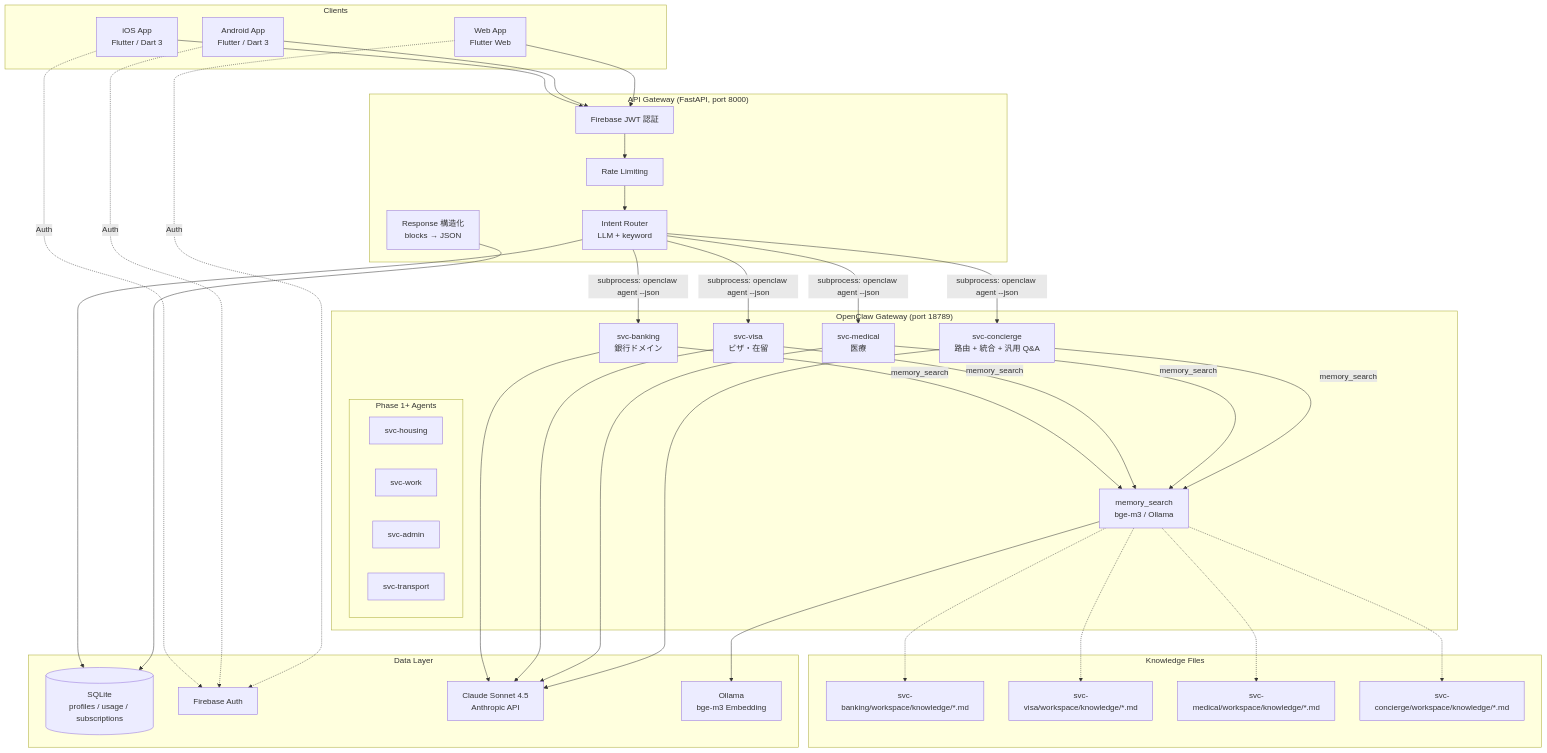
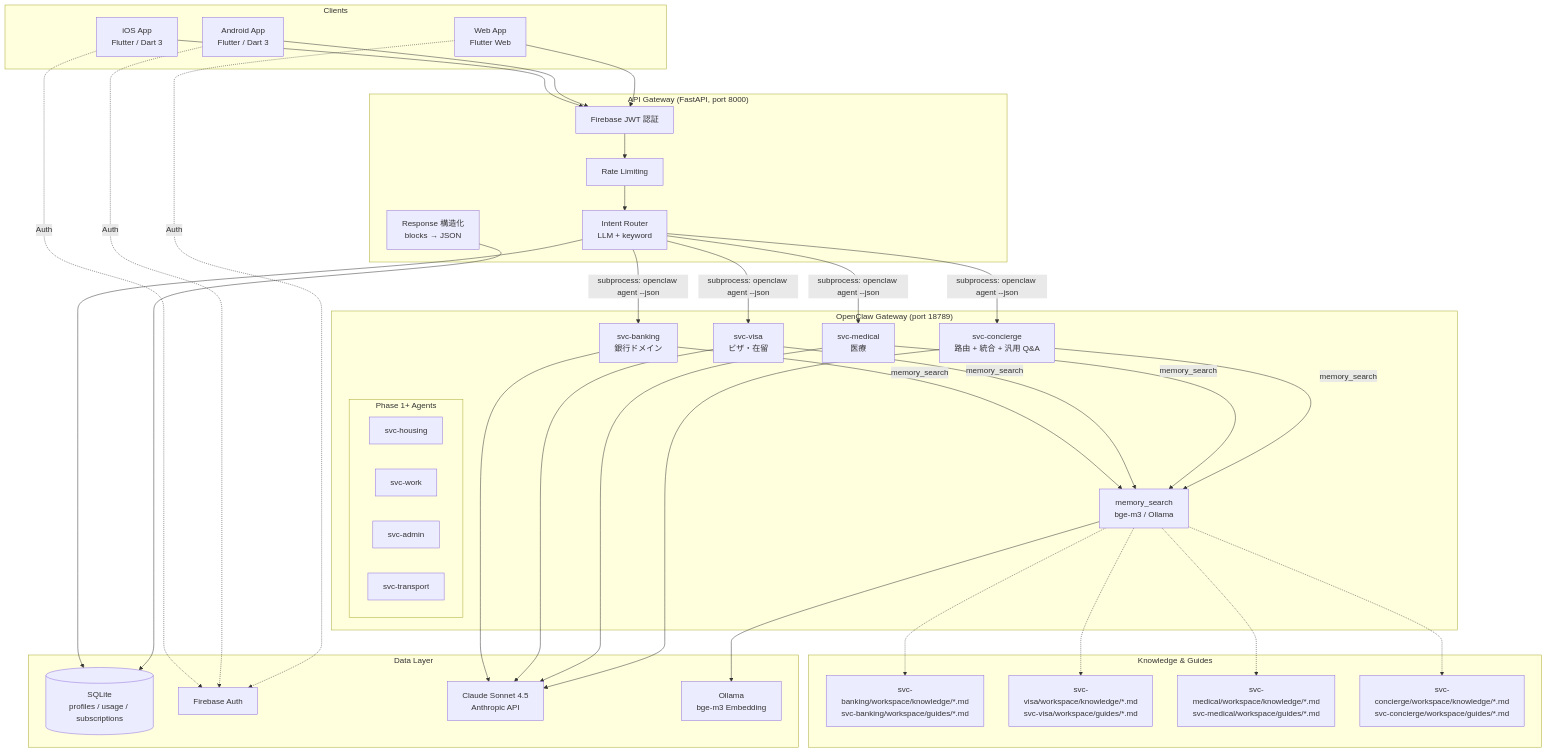
The first of 5 diagrams in architecture/SYSTEM_DESIGN.md (cjttca-cd/gaijin-life-navi), drawn with Mermaid before and after one commit. The commit also changed other lines of this file and 10 other files, not shown here.

First line of the commit message:
refactor: separate knowledge/ and guides/ directories (GUIDE_ACCESS_DESIGN v2)

````diff
--- a/architecture/SYSTEM_DESIGN.md
+++ b/architecture/SYSTEM_DESIGN.md
@@ -61,79 +61,79 @@
 ```mermaid
 graph TB
     subgraph Clients
         iOS[iOS App<br/>Flutter / Dart 3]
         Android[Android App<br/>Flutter / Dart 3]
         Web[Web App<br/>Flutter Web]
     end
 
     subgraph APIGateway["API Gateway (FastAPI, port 8000)"]
         AuthMW[Firebase JWT 認証]
         RateLimit[Rate Limiting]
         Router[Intent Router<br/>LLM + keyword]
         Structurizer[Response 構造化<br/>blocks → JSON]
     end
 
     subgraph OCRuntime["OpenClaw Gateway (port 18789)"]
         SvcConcierge[svc-concierge<br/>路由 + 統合 + 汎用 Q&A]
         SvcBanking[svc-banking<br/>銀行ドメイン]
         SvcVisa[svc-visa<br/>ビザ・在留]
         SvcMedical[svc-medical<br/>医療]
 
         subgraph Phase1["Phase 1+ Agents"]
             SvcHousing[svc-housing]
             SvcWork[svc-work]
             SvcAdmin[svc-admin]
             SvcTransport[svc-transport]
         end
 
         MemSearch[memory_search<br/>bge-m3 / Ollama]
     end
 
     subgraph DataLayer["Data Layer"]
         SQLite[(SQLite<br/>profiles / usage / subscriptions)]
         Firebase[Firebase Auth]
         Claude[Claude Sonnet 4.5<br/>Anthropic API]
         Ollama[Ollama<br/>bge-m3 Embedding]
     end
 
-    subgraph Knowledge["Knowledge Files"]
-        KB_Banking[svc-banking/workspace/knowledge/*.md]
-        KB_Visa[svc-visa/workspace/knowledge/*.md]
-        KB_Medical[svc-medical/workspace/knowledge/*.md]
-        KB_Concierge[svc-concierge/workspace/knowledge/*.md]
+    subgraph Knowledge["Knowledge & Guides"]
+        KB_Banking[svc-banking/workspace/knowledge/*.md<br/>svc-banking/workspace/guides/*.md]
+        KB_Visa[svc-visa/workspace/knowledge/*.md<br/>svc-visa/workspace/guides/*.md]
+        KB_Medical[svc-medical/workspace/knowledge/*.md<br/>svc-medical/workspace/guides/*.md]
+        KB_Concierge[svc-concierge/workspace/knowledge/*.md<br/>svc-concierge/workspace/guides/*.md]
     end
 
     iOS --> AuthMW
     Android --> AuthMW
     Web --> AuthMW
 
     iOS -.->|Auth| Firebase
     Android -.->|Auth| Firebase
     Web -.->|Auth| Firebase
 
     AuthMW --> RateLimit
     RateLimit --> Router
     Router -->|subprocess: openclaw agent --json| SvcConcierge
     Router -->|subprocess: openclaw agent --json| SvcBanking
     Router -->|subprocess: openclaw agent --json| SvcVisa
     Router -->|subprocess: openclaw agent --json| SvcMedical
 
     SvcBanking -->|memory_search| MemSearch
     SvcVisa -->|memory_search| MemSearch
     SvcMedical -->|memory_search| MemSearch
     SvcConcierge -->|memory_search| MemSearch
 
     MemSearch --> Ollama
     SvcBanking --> Claude
     SvcVisa --> Claude
     SvcMedical --> Claude
     SvcConcierge --> Claude
 
     MemSearch -.-> KB_Banking
     MemSearch -.-> KB_Visa
     MemSearch -.-> KB_Medical
     MemSearch -.-> KB_Concierge
 
     Router --> SQLite
     Structurizer --> SQLite
 ```
````
